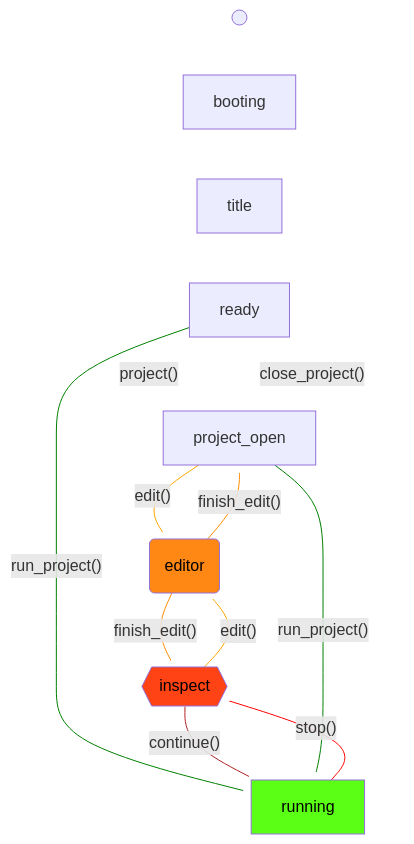
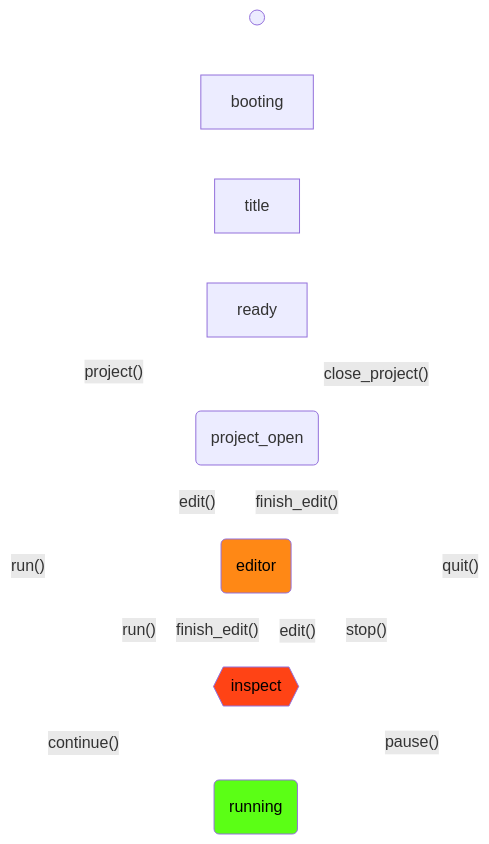
Before and after one commit to nagydani/loveputer: the diagram in doc/mermaid/fsm_f.md, drawn with Mermaid. The commit also changed 1 other file, not shown here.

Commit message:
doc: update state diagrams

````diff
--- a/doc/mermaid/fsm_f.md
+++ b/doc/mermaid/fsm_f.md
@@ -1,33 +1,33 @@
 ```mermaid
 flowchart TD
-  id1(( ))           --> booting
-  booting            --> title
-  title              --> ready
-  ready              -- project() --> project_open
-  ready              -- run_project() --> running
-  %% running            -- asd ---> project_open
-  running            -- stop() --> inspect
-  inspect{{inspect}} -- continue() --> running
-  project_open       -- close_project() --> ready
-  project_open       -- edit() --> editor
-  project_open       -- run_project() ----> running
-  editor(editor)     -- finish_edit() --> inspect
-  editor             -- finish_edit() --> project_open
-  inspect            -- edit() --> editor
-  running            --> ready
+  id1(( ))      --> booting
+  booting       --> title
+  title         --> ready
+  ready         -- project() --> O(project_open)
+  ready         -- run() --> R
+  I{{inspect}}  -- continue() --> R
+  O             -- close_project() --> ready
+  O             -- edit() --> E
+  O             -- run() ----> R
+  E(editor)     -- finish_edit() --> I
+  E             -- finish_edit() --> O
+  I             -- edit() --> E
+  R             -- stop() --> O
+  R(running)    -- pause() --> I
+  R             -- quit() --> ready
 
   classDef editorStyle fill:#FF8815, color:#000;
   classDef inspectStyle fill:#FF4315, color:#000;
   classDef runStyle fill:#5BFF15, color:#000;
-  class editor editorStyle;
-  class inspect inspectStyle;
-  class running runStyle;
+  class E editorStyle;
+  class I inspectStyle;
+  class R runStyle;
 
   linkStyle default stroke:white
-  linkStyle 4,9 stroke:green
-  linkStyle 5 stroke:red
-  linkStyle 6 stroke:firebrick
-  linkStyle 8,12 stroke:orange
-  linkStyle 10,11 stroke:darkorange
+  %% linkStyle 4,8 stroke:green
+  %% linkStyle 13 stroke:red
+  %% linkStyle 5 stroke:firebrick
+  %% linkStyle 8,12 stroke:orange
+  %% linkStyle 10,11 stroke:darkorange
 
 ```
````
